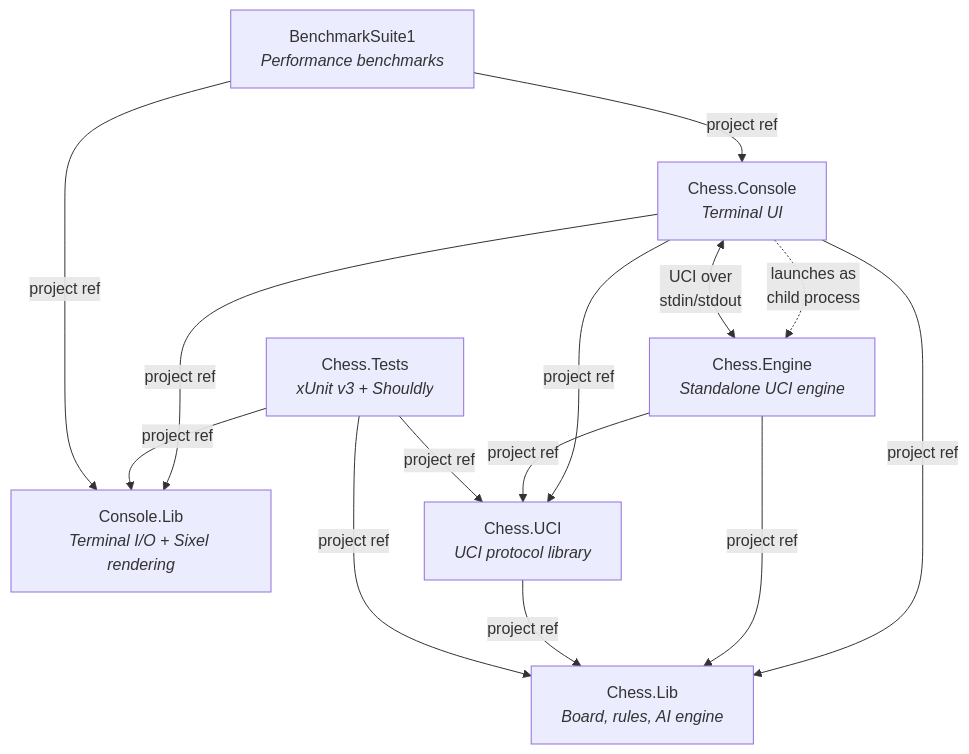
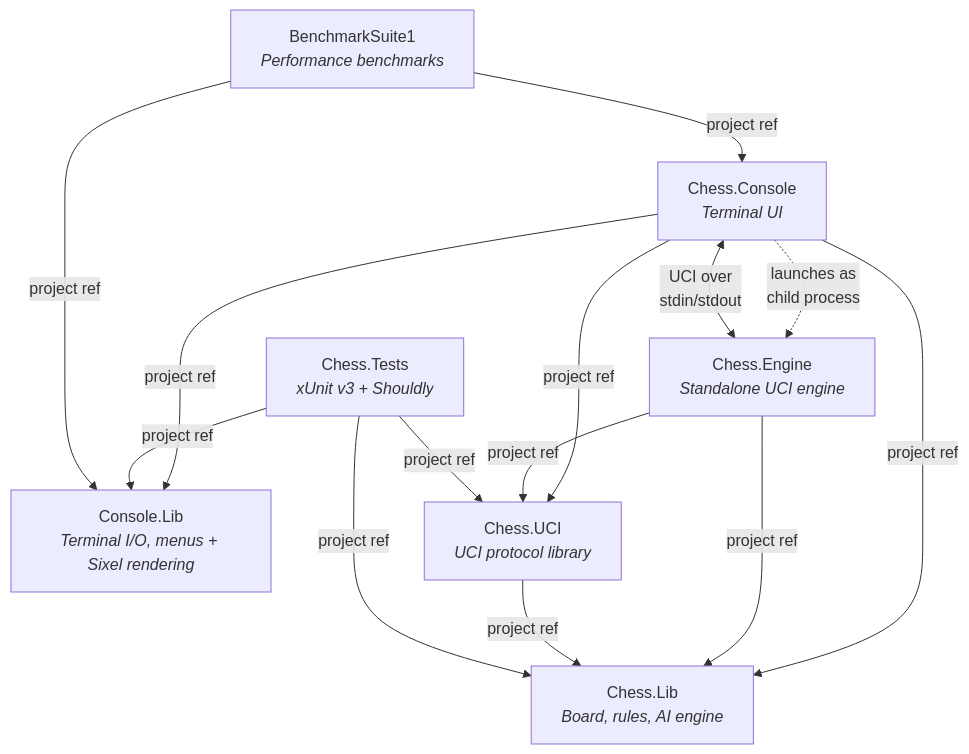
The diagram in README.md (sebgod/chess), drawn with Mermaid before and after one commit. The commit also changed 18 other files, not shown here.

Commit message:
move all console I/O to IVirtualTerminal

````diff
--- a/README.md
+++ b/README.md
@@ -115,25 +115,25 @@
 ```mermaid
 graph TD
     Console["Chess.Console<br/><i>Terminal UI</i>"]
-    ConLib["Console.Lib<br/><i>Terminal I/O + Sixel rendering</i>"]
+    ConLib["Console.Lib<br/><i>Terminal I/O, menus + Sixel rendering</i>"]
     Engine["Chess.Engine<br/><i>Standalone UCI engine</i>"]
     UCI["Chess.UCI<br/><i>UCI protocol library</i>"]
     Lib["Chess.Lib<br/><i>Board, rules, AI engine</i>"]
     Tests["Chess.Tests<br/><i>xUnit v3 + Shouldly</i>"]
     Bench["BenchmarkSuite1<br/><i>Performance benchmarks</i>"]
 
     Console -- "project ref" --> ConLib
     Console -- "project ref" --> Lib
     Console -- "project ref" --> UCI
     Console -. "launches as<br/>child process" .-> Engine
     Engine -- "project ref" --> Lib
     Engine -- "project ref" --> UCI
     UCI -- "project ref" --> Lib
     Tests -- "project ref" --> ConLib
     Tests -- "project ref" --> Lib
     Tests -- "project ref" --> UCI
     Bench -- "project ref" --> ConLib
     Bench -- "project ref" --> Console
 
     Console <-- "UCI over<br/>stdin/stdout" --> Engine
 ```
````
